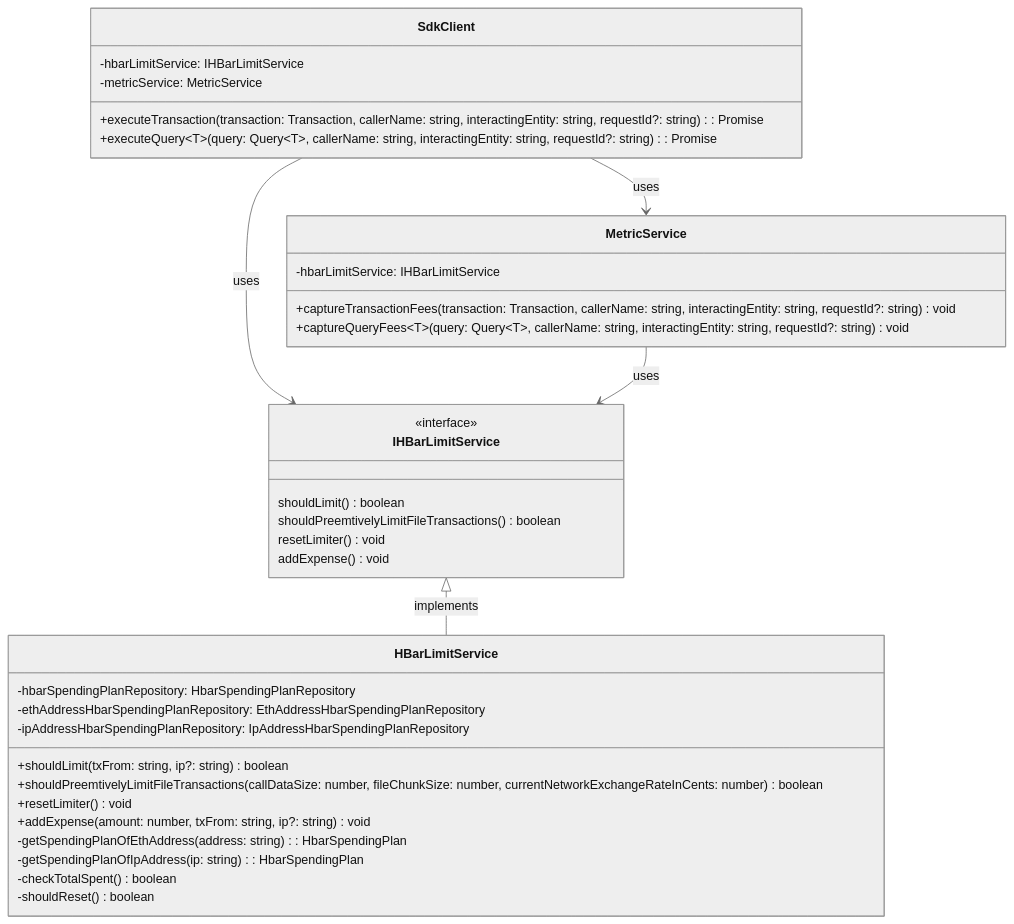
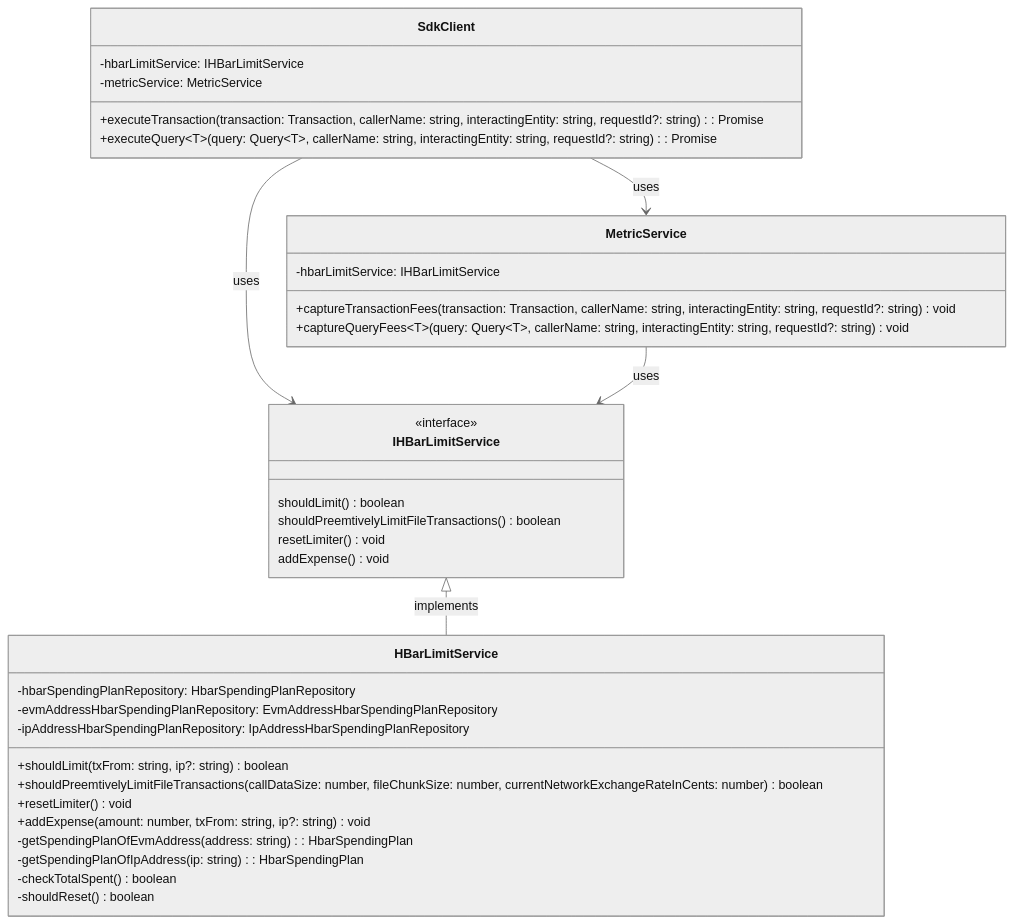
One commit to async-knightbgt7/hiero-json-rpc-relay changed the third of 4 diagrams in docs/design/hbar-limiter.md. Above: the diagram before and after it, drawn with Mermaid (neutral theme). The commit also changed other lines of this file and 24 other files, not shown here.

Commit message:
chore: replaced eth-address with evm-address in code (#3293)

````diff
--- a/docs/design/hbar-limiter.md
+++ b/docs/design/hbar-limiter.md
@@ -145,41 +145,41 @@
 ```mermaid
 classDiagram
     class SdkClient {
         -hbarLimitService: IHBarLimitService
         -metricService: MetricService
         +executeTransaction(transaction: Transaction, callerName: string, interactingEntity: string, requestId?: string): Promise<TransactionId>
         +executeQuery~T~(query: Query~T~, callerName: string, interactingEntity: string, requestId?: string): Promise<Query~T~>
     }
 
     class MetricService {
       -hbarLimitService: IHBarLimitService
       +captureTransactionFees(transaction: Transaction, callerName: string, interactingEntity: string, requestId?: string) void
       +captureQueryFees~T~(query: Query~T~, callerName: string, interactingEntity: string, requestId?: string) void
     }
 
     class HBarLimitService {
         -hbarSpendingPlanRepository: HbarSpendingPlanRepository
-        -ethAddressHbarSpendingPlanRepository: EthAddressHbarSpendingPlanRepository
+        -evmAddressHbarSpendingPlanRepository: EvmAddressHbarSpendingPlanRepository
         -ipAddressHbarSpendingPlanRepository: IpAddressHbarSpendingPlanRepository
         +shouldLimit(txFrom: string, ip?: string) boolean
         +shouldPreemtivelyLimitFileTransactions(callDataSize: number, fileChunkSize: number, currentNetworkExchangeRateInCents: number) boolean
         +resetLimiter() void
         +addExpense(amount: number, txFrom: string, ip?: string) void
-        -getSpendingPlanOfEthAddress(address: string): HbarSpendingPlan
+        -getSpendingPlanOfEvmAddress(address: string): HbarSpendingPlan
         -getSpendingPlanOfIpAddress(ip: string): HbarSpendingPlan
         -checkTotalSpent() boolean
         -shouldReset() boolean
     }
 
     class IHBarLimitService
     <<interface>> IHBarLimitService
     IHBarLimitService : shouldLimit() boolean
     IHBarLimitService : shouldPreemtivelyLimitFileTransactions() boolean
     IHBarLimitService : resetLimiter() void
     IHBarLimitService : addExpense() void
 
     SdkClient --> MetricService : uses
     SdkClient --> IHBarLimitService : uses
     MetricService --> IHBarLimitService : uses
     IHBarLimitService <|-- HBarLimitService: implements
 ```
````
